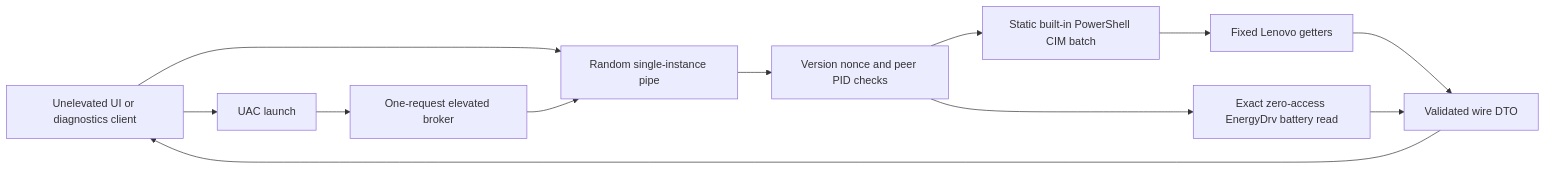
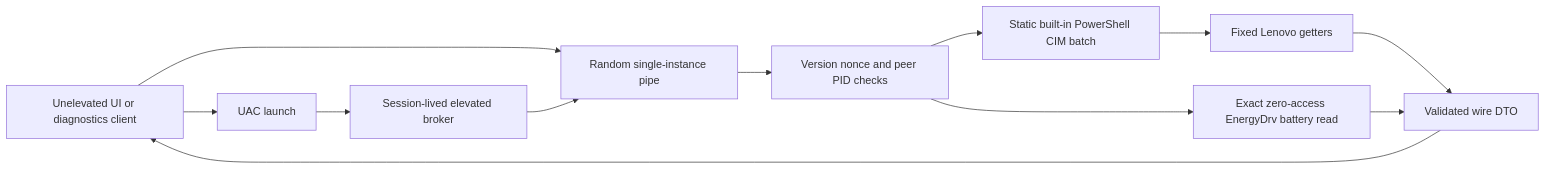
Before and after one commit to Anandb71/Legion-LOQ-control: the fourth of 7 diagrams in docs/ARCHITECTURE.md, drawn with Mermaid. The commit also changed other lines of this file and 26 other files, not shown here.

First line of the commit message:
feat: keep one elevated broker for the app session

````diff
--- a/docs/ARCHITECTURE.md
+++ b/docs/ARCHITECTURE.md
@@ -110,14 +112,14 @@
 ```mermaid
 flowchart LR
     Client[Unelevated UI or diagnostics client] --> Pipe[Random single-instance pipe]
     Client --> Uac[UAC launch]
-    Uac --> Broker[One-request elevated broker]
+    Uac --> Broker[Session-lived elevated broker]
     Broker --> Pipe
     Pipe --> Validate[Version nonce and peer PID checks]
     Validate --> CimBatch[Static built-in PowerShell CIM batch]
     Validate --> EnergyRead[Exact zero-access EnergyDrv battery read]
     CimBatch --> Getters[Fixed Lenovo getters]
     Getters --> Wire[Validated wire DTO]
     EnergyRead --> Wire
     Wire --> Client
 ```
````
